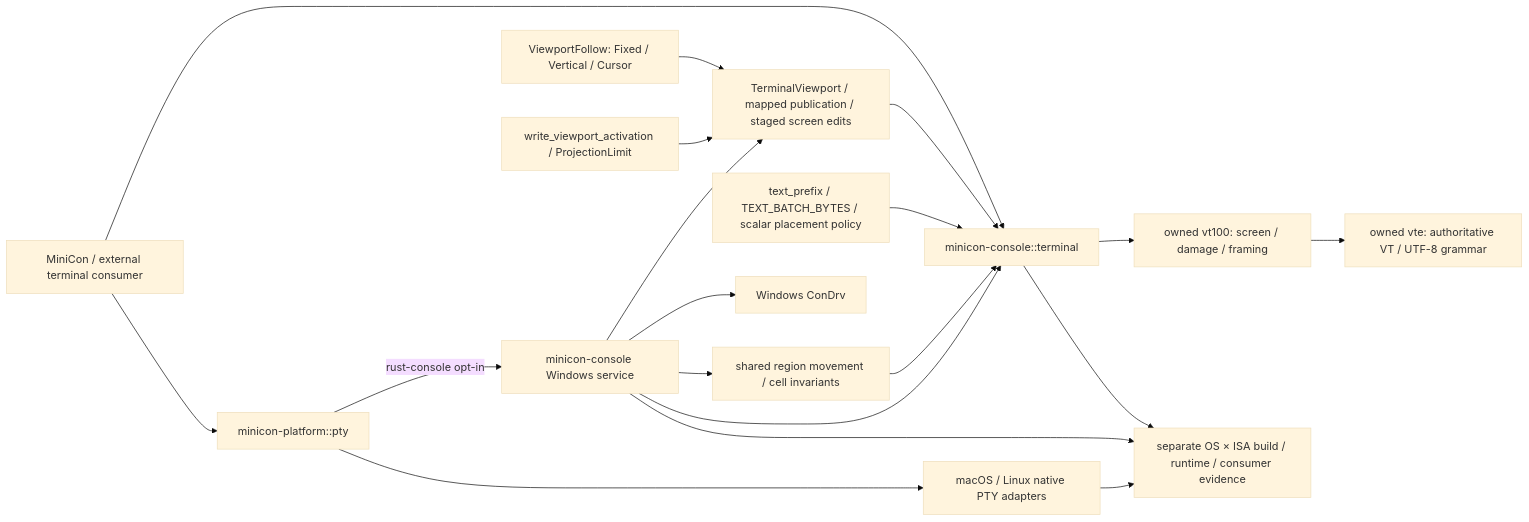
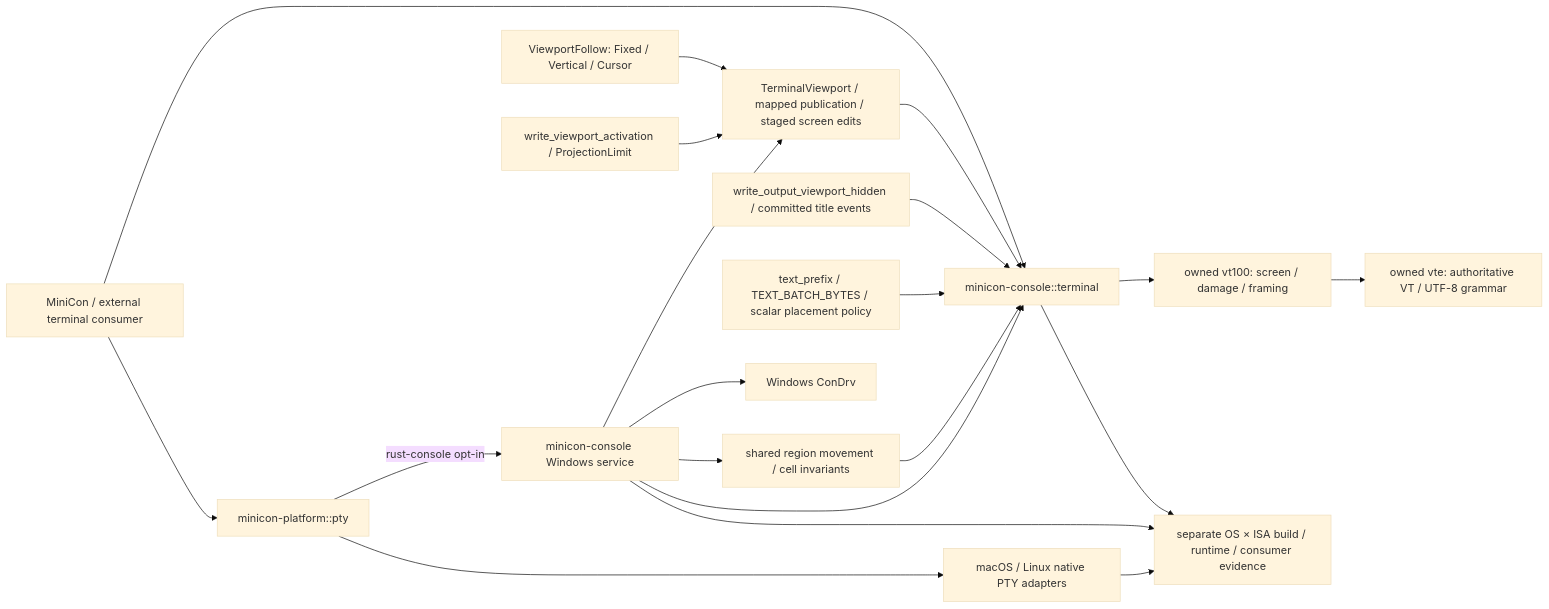
Before and after one commit to partnernetsoftware/minicon: the diagram in prd/PRD_02_35_terminal_library.md, drawn with Mermaid (base theme). The commit also changed other lines of this file and 14 other files, not shown here.

````diff
--- a/prd/PRD_02_35_terminal_library.md
+++ b/prd/PRD_02_35_terminal_library.md
@@ -54,19 +55,20 @@
 ```mermaid
 flowchart LR
     APP["MiniCon / external terminal consumer"] --> COMMON["minicon-console::terminal"]
     COMMON --> VT["owned vt100: screen / damage / framing"]
     VT --> VTE["owned vte: authoritative VT / UTF-8 grammar"]
     APP --> PLATFORM["minicon-platform::pty"]
     PLATFORM -->|"rust-console opt-in"| WIN["minicon-console Windows service"]
     VP["TerminalViewport / mapped publication / staged screen edits"] --> COMMON
     FOLLOW["ViewportFollow: Fixed / Vertical / Cursor"] --> VP
     ACT["write_viewport_activation / ProjectionLimit"] --> VP
+    HIDDEN["write_output_viewport_hidden / committed title events"] --> COMMON
     TEXT["text_prefix / TEXT_BATCH_BYTES / scalar placement policy"] --> COMMON
     WIN --> VP
     MOVE["shared region movement / cell invariants"] --> COMMON
     WIN --> MOVE
     WIN --> COMMON
     WIN --> KERNEL["Windows ConDrv"]
     PLATFORM --> POSIX["macOS / Linux native PTY adapters"]
     COMMON & WIN & POSIX --> E["separate OS × ISA build / runtime / consumer evidence"]
 ```
````
